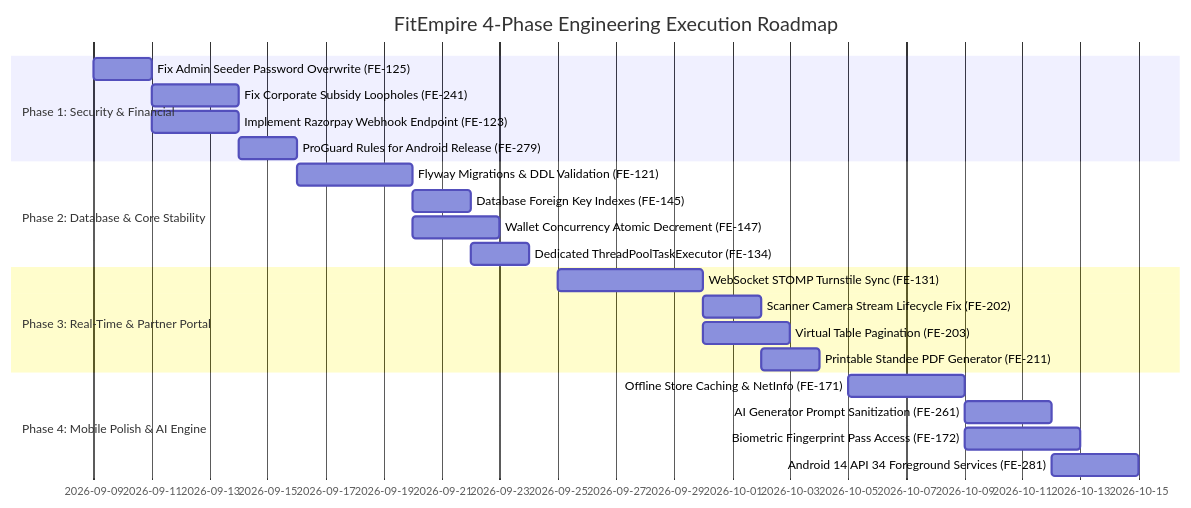
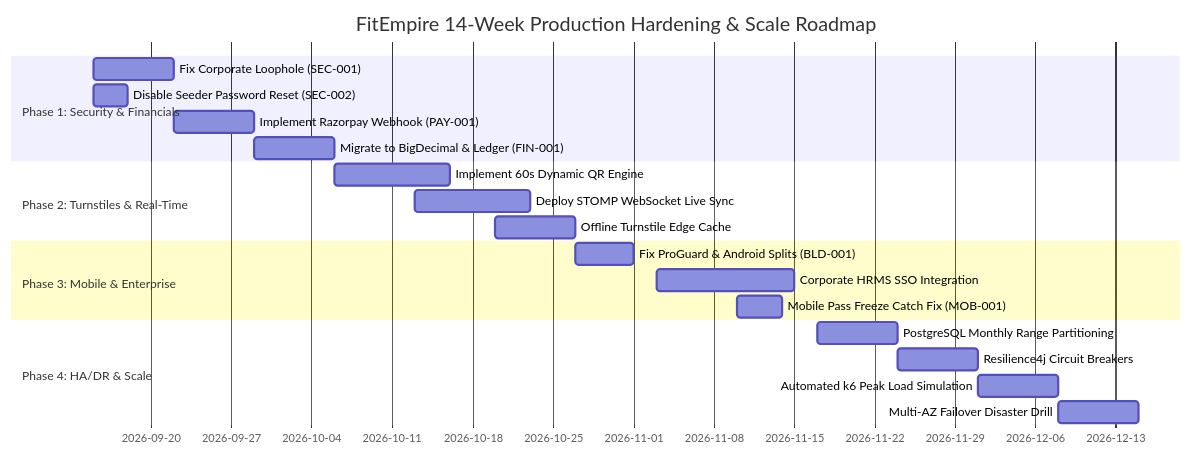
The ninth of 9 diagrams in SYSTEM_DESIGN.md (ayushgupta9906/FitEmpire), drawn with Mermaid before and after one commit. The commit also changed other lines of this file and 19 other files, not shown here.

````diff
--- a/SYSTEM_DESIGN.md
+++ b/SYSTEM_DESIGN.md
@@ -554,28 +2243,23 @@
 ```mermaid
 gantt
-    title FitEmpire 4-Phase Engineering Execution Roadmap
+    title FitEmpire 14-Week Production Hardening & Scale Roadmap
     dateFormat  YYYY-MM-DD
-    section Phase 1: Security & Financial
-    Fix Admin Seeder Password Overwrite (FE-125) :p1_1, 2026-09-09, 2d
-    Fix Corporate Subsidy Loopholes (FE-241)     :p1_2, after p1_1, 3d
-    Implement Razorpay Webhook Endpoint (FE-123) :p1_3, after p1_1, 3d
-    ProGuard Rules for Android Release (FE-279)  :p1_4, after p1_2, 2d
-
-    section Phase 2: Database & Core Stability
-    Flyway Migrations & DDL Validation (FE-121)  :p2_1, 2026-09-16, 4d
-    Database Foreign Key Indexes (FE-145)        :p2_2, after p2_1, 2d
-    Wallet Concurrency Atomic Decrement (FE-147) :p2_3, after p2_1, 3d
-    Dedicated ThreadPoolTaskExecutor (FE-134)    :p2_4, after p2_2, 2d
-
-    section Phase 3: Real-Time & Partner Portal
-    WebSocket STOMP Turnstile Sync (FE-131)      :p3_1, 2026-09-25, 5d
-    Scanner Camera Stream Lifecycle Fix (FE-202) :p3_2, after p3_1, 2d
-    Virtual Table Pagination (FE-203)            :p3_3, after p3_1, 3d
-    Printable Standee PDF Generator (FE-211)     :p3_4, after p3_2, 2d
-
-    section Phase 4: Mobile Polish & AI Engine
-    Offline Store Caching & NetInfo (FE-171)     :p4_1, 2026-10-05, 4d
-    AI Generator Prompt Sanitization (FE-261)    :p4_2, after p4_1, 3d
-    Biometric Fingerprint Pass Access (FE-172)   :p4_3, after p4_1, 4d
-    Android 14 API 34 Foreground Services (FE-281):p4_4, after p4_2, 3d
+    section Phase 1: Security & Financials
+    Fix Corporate Loophole (SEC-001)       :p1_1, 2026-09-15, 7d
+    Disable Seeder Password Reset (SEC-002) :p1_2, 2026-09-15, 3d
+    Implement Razorpay Webhook (PAY-001)   :p1_3, 2026-09-22, 7d
+    Migrate to BigDecimal & Ledger (FIN-001):p1_4, 2026-09-29, 7d
+    section Phase 2: Turnstiles & Real-Time
+    Implement 60s Dynamic QR Engine        :p2_1, 2026-10-06, 10d
+    Deploy STOMP WebSocket Live Sync       :p2_2, 2026-10-13, 10d
+    Offline Turnstile Edge Cache           :p2_3, 2026-10-20, 7d
+    section Phase 3: Mobile & Enterprise
+    Fix ProGuard & Android Splits (BLD-001):p3_1, 2026-10-27, 5d
+    Corporate HRMS SSO Integration         :p3_2, 2026-11-03, 12d
+    Mobile Pass Freeze Catch Fix (MOB-001) :p3_3, 2026-11-10, 4d
+    section Phase 4: HA/DR & Scale
+    PostgreSQL Monthly Range Partitioning  :p4_1, 2026-11-17, 7d
+    Resilience4j Circuit Breakers          :p4_2, 2026-11-24, 7d
+    Automated k6 Peak Load Simulation      :p4_3, 2026-12-01, 7d
+    Multi-AZ Failover Disaster Drill       :p4_4, 2026-12-08, 7d
 ```
````
